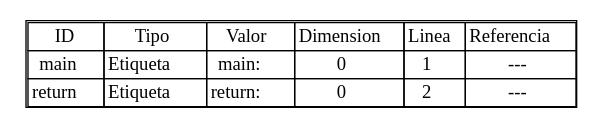
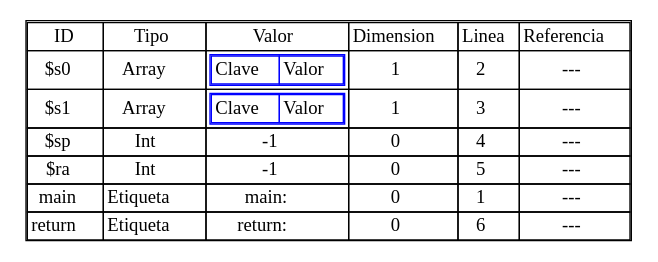
The diagram in reporteTs.dot (carlosE17/OLC2P2Junio2020), drawn with Graphviz before and after one commit. The commit also changed 6 other files, not shown here.

```diff
--- a/reporteTs.dot
+++ b/reporteTs.dot
@@ -1,8 +1,14 @@
 digraph {
 node0 [    shape=plaintext
     label=<
 
       <table cellspacing='0'>
       <tr><td>ID</td><td>Tipo</td><td>Valor</td><td>Dimension</td><td>Linea</td><td>Referencia</td></tr>
-<tr> <td> main</td><td> Etiqueta </td><td> main: </td><td> 0 </td><td> 1 </td><td> ---</td> </tr><tr> <td> return</td><td> Etiqueta </td><td> return: </td><td> 0 </td><td> 2 </td><td> ---</td> </tr>    </table>
+<tr> <td> $s0</td><td> Array </td><td> 
+<table color='blue' cellspacing='0'>
+<tr><td>Clave </td><td>Valor </td></tr>
+</table> </td><td> 1 </td><td> 2 </td><td> ---</td> </tr><tr> <td> $s1</td><td> Array </td><td> 
+<table color='blue' cellspacing='0'>
+<tr><td>Clave </td><td>Valor </td></tr>
+</table> </td><td> 1 </td><td> 3 </td><td> ---</td> </tr><tr> <td> $sp</td><td> Int </td><td> -1 </td><td> 0 </td><td> 4 </td><td> ---</td> </tr><tr> <td> $ra</td><td> Int </td><td> -1 </td><td> 0 </td><td> 5 </td><td> ---</td> </tr><tr> <td> main</td><td> Etiqueta </td><td> main: </td><td> 0 </td><td> 1 </td><td> ---</td> </tr><tr> <td> return</td><td> Etiqueta </td><td> return: </td><td> 0 </td><td> 6 </td><td> ---</td> </tr>    </table>
 >];}
```
